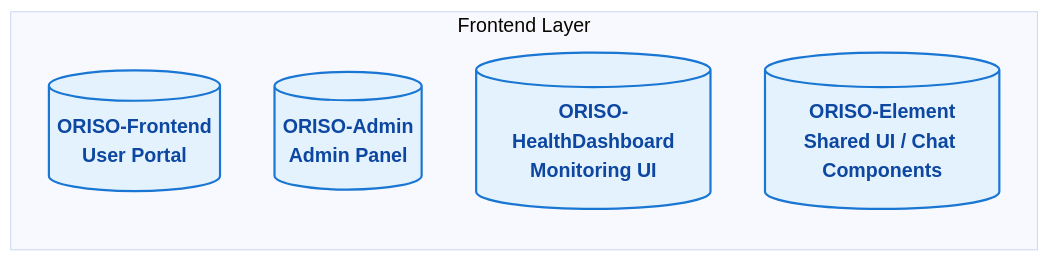
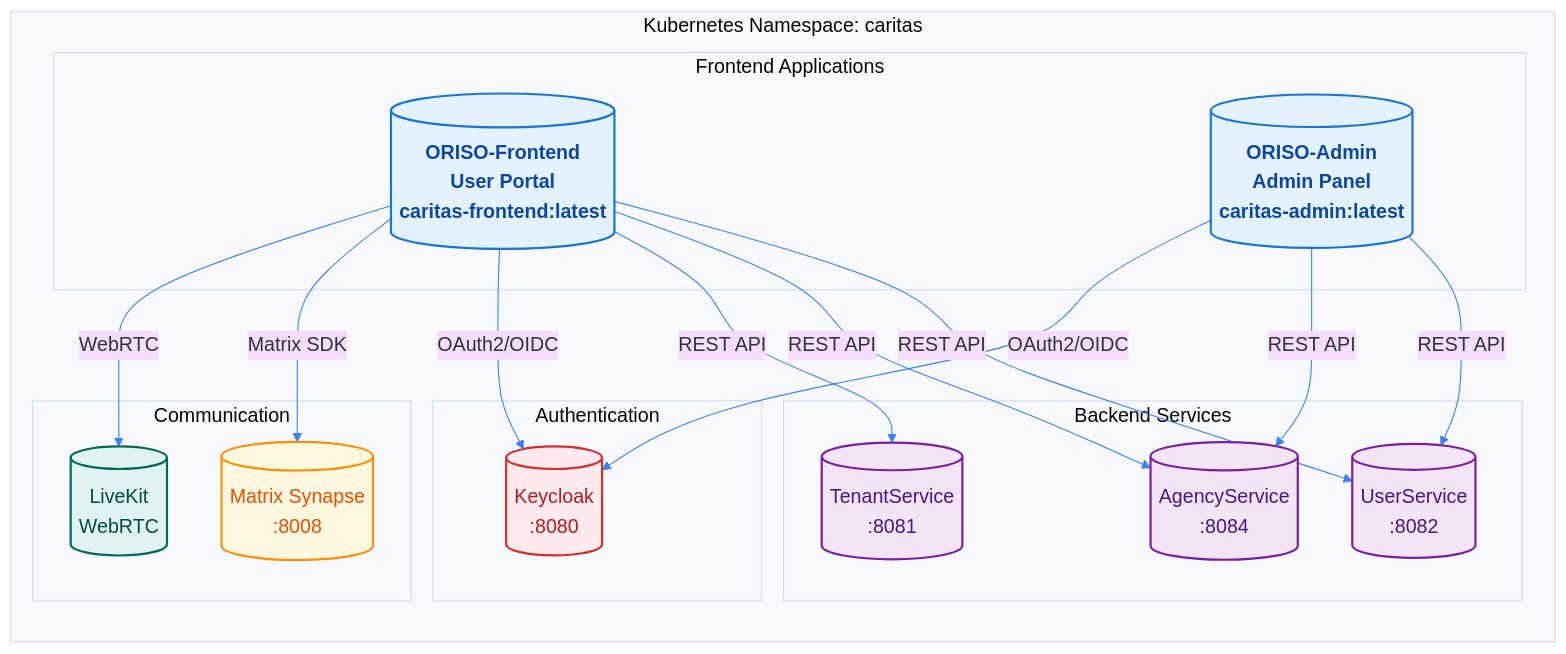
The diagram in oriso-platform/architecture/frontend.mdx (OpenResilienceInitiative/ORISO-Docs), drawn with Mermaid before and after one commit. The commit also changed other lines of this file and 37 other files, not shown here.

Commit message:
docs: update ORISO Platform documentation for v3.0.0, including architecture, deployment, and service details

````diff
--- a/oriso-platform/architecture/frontend.mdx
+++ b/oriso-platform/architecture/frontend.mdx
@@ -6,20 +10,48 @@
 ```mermaid
 %%{init: { 'theme': 'base', 'themeVariables': { 'fontSize': '18px', 'lineColor': '#3B82F6' } }}%%
 
 flowchart TB
 
-  subgraph Frontend["Frontend Layer"]
+  subgraph K8s["Kubernetes Namespace: caritas"]
     direction TB
-    F1[("ORISO-Frontend\nUser Portal")]:::frontend
-    F2[("ORISO-Admin\nAdmin Panel")]:::frontend
-    F3[("ORISO-HealthDashboard\nMonitoring UI")]:::frontend
-    F4[("ORISO-Element\nShared UI / Chat Components")]:::frontend
+    
+    subgraph Frontend["Frontend Applications"]
+      F1[("ORISO-Frontend\nUser Portal\ncaritas-frontend:latest")]:::frontend
+      F2[("ORISO-Admin\nAdmin Panel\ncaritas-admin:latest")]:::frontend
+    end
+    
+    subgraph Backend["Backend Services"]
+      B1[("UserService\n:8082")]:::backend
+      B2[("AgencyService\n:8084")]:::backend
+      B3[("TenantService\n:8081")]:::backend
+    end
+    
+    subgraph Auth["Authentication"]
+      A1[("Keycloak\n:8080")]:::auth
+    end
+    
+    subgraph Matrix["Communication"]
+      M1[("Matrix Synapse\n:8008")]:::matrix
+      M2[("LiveKit\nWebRTC")]:::webrtc
+    end
   end
 
-  %% Clickable links
-  click F1 "https://github.com/ORISO-Frontend" "Open User Portal repo"
-  click F2 "https://github.com/ORISO-Admin" "Open Admin Panel repo"
+  %% Frontend connections
+  F1 -->|REST API| B1
+  F1 -->|REST API| B2
+  F1 -->|REST API| B3
+  F1 -->|OAuth2/OIDC| A1
+  F1 -->|Matrix SDK| M1
+  F1 -->|WebRTC| M2
+  
+  F2 -->|REST API| B1
+  F2 -->|REST API| B2
+  F2 -->|OAuth2/OIDC| A1
 
   %% Styling
   classDef frontend fill:#e3f2fd,stroke:#1976d2,stroke-width:2px,color:#0d47a1,font-weight:bold
+  classDef backend fill:#f3e5f5,stroke:#7b1fa2,stroke-width:2px,color:#4a148c
+  classDef auth fill:#ffebee,stroke:#d32f2f,stroke-width:2px,color:#b71c1c
+  classDef matrix fill:#fff8e1,stroke:#ff8f00,stroke-width:2px,color:#e65100
+  classDef webrtc fill:#e0f2f1,stroke:#00695c,stroke-width:2px,color:#004d40
 ```
````
